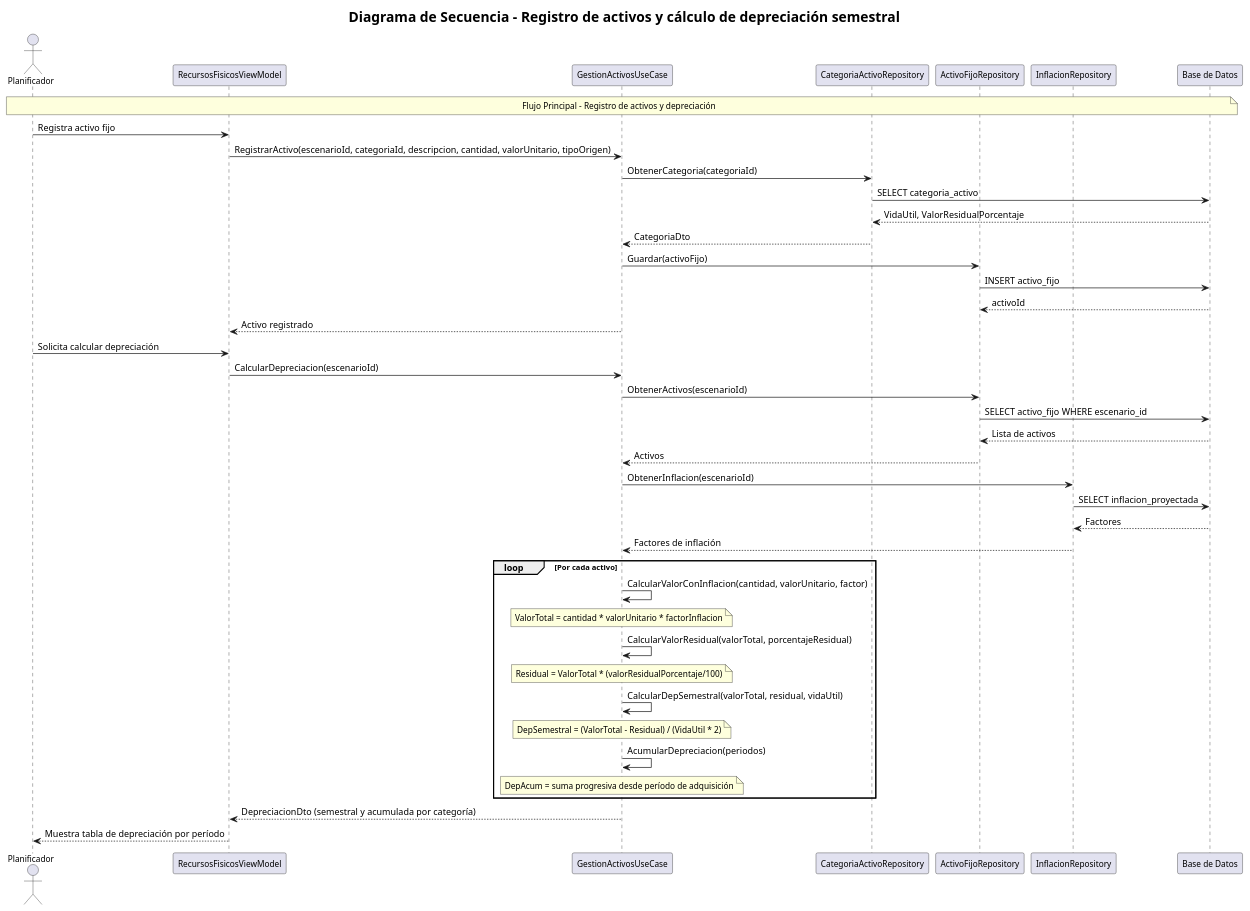
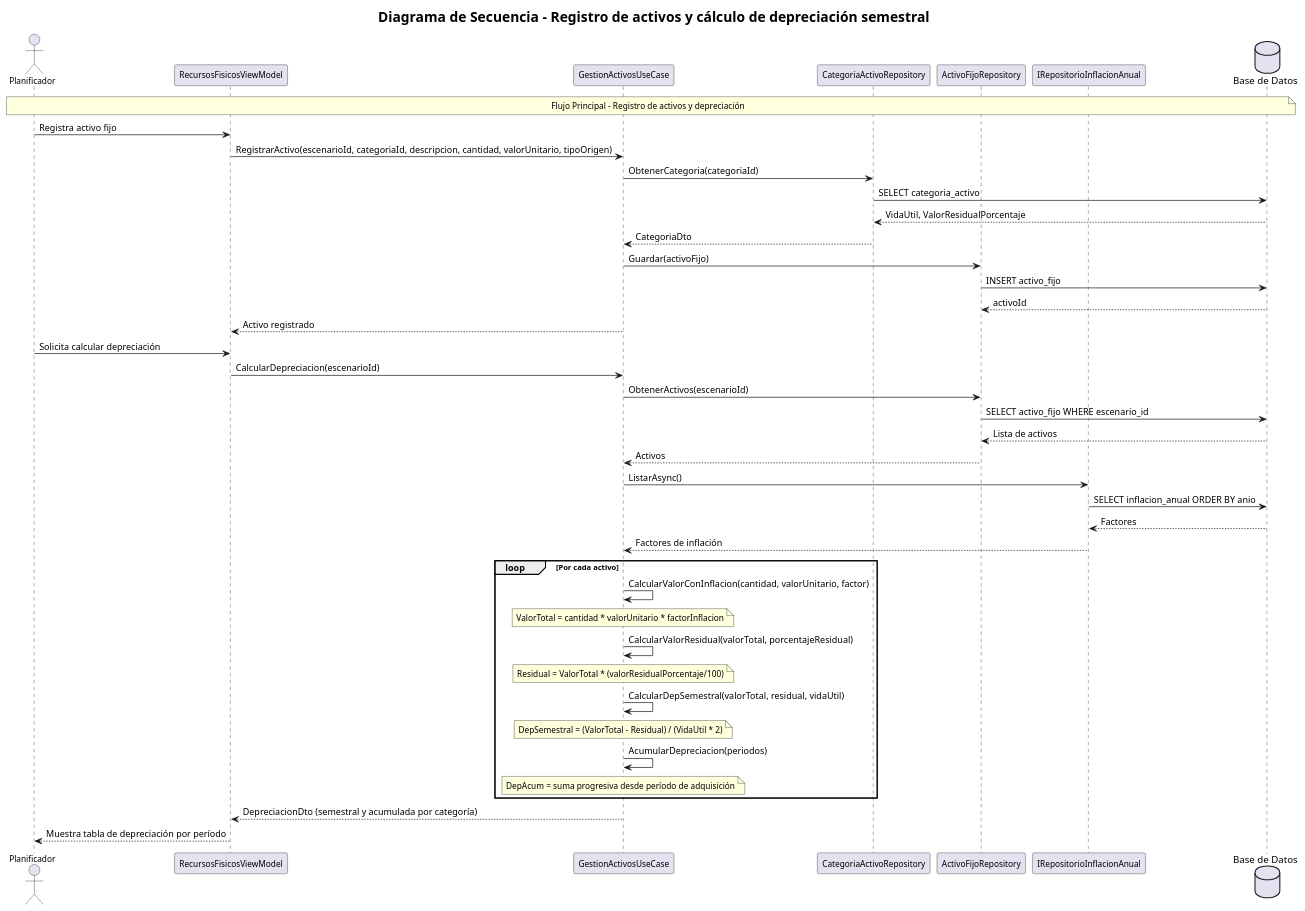
The diagram in src/Application/UseCases/Diagramas de Secuencia/Diagrama-Secuencia-7-Registro de activos y cálculo de depreciación semestral.puml (Miguels5847/SistemaAranceles), drawn with PlantUML before and after one commit. The commit also changed 43 other files, not shown here.

Commit message:
Cambios y mejoras en Diagramas

```diff
--- a/src/Application/UseCases/Diagramas de Secuencia/Diagrama-Secuencia-7-Registro de activos y cálculo de depreciación semestral.puml
+++ b/src/Application/UseCases/Diagramas de Secuencia/Diagrama-Secuencia-7-Registro de activos y cálculo de depreciación semestral.puml
@@ -1,82 +1,82 @@
 @startuml
 title <b><size:20>Diagrama de Secuencia - Registro de activos y cálculo de depreciación semestral</size></b>
 
 skinparam participant {
     FontSize 12
     FontStyle normal
 }
 skinparam actor {
     FontSize 12
     FontStyle normal
 }
 skinparam note {
     FontSize 12
 }
 
 actor "Planificador"
 participant "RecursosFisicosViewModel"
 participant "GestionActivosUseCase"
 participant "CategoriaActivoRepository"
 participant "ActivoFijoRepository"
-participant "InflacionRepository"
-participant "Base de Datos"
+participant "IRepositorioInflacionAnual"
+database "Base de Datos" as db
 
-note over "Planificador","Base de Datos"
+note over "Planificador","db"
 Flujo Principal - Registro de activos y depreciación
 end note
 
 "Planificador" -> "RecursosFisicosViewModel": Registra activo fijo
 "RecursosFisicosViewModel" -> "GestionActivosUseCase": RegistrarActivo(escenarioId, categoriaId, descripcion, cantidad, valorUnitario, tipoOrigen)
 
 "GestionActivosUseCase" -> "CategoriaActivoRepository": ObtenerCategoria(categoriaId)
-"CategoriaActivoRepository" -> "Base de Datos": SELECT categoria_activo
-"Base de Datos" --> "CategoriaActivoRepository": VidaUtil, ValorResidualPorcentaje
+"CategoriaActivoRepository" -> "db": SELECT categoria_activo
+"db" --> "CategoriaActivoRepository": VidaUtil, ValorResidualPorcentaje
 "CategoriaActivoRepository" --> "GestionActivosUseCase": CategoriaDto
 
 "GestionActivosUseCase" -> "ActivoFijoRepository": Guardar(activoFijo)
-"ActivoFijoRepository" -> "Base de Datos": INSERT activo_fijo
-"Base de Datos" --> "ActivoFijoRepository": activoId
+"ActivoFijoRepository" -> "db": INSERT activo_fijo
+"db" --> "ActivoFijoRepository": activoId
 "GestionActivosUseCase" --> "RecursosFisicosViewModel": Activo registrado
 
 "Planificador" -> "RecursosFisicosViewModel": Solicita calcular depreciación
 "RecursosFisicosViewModel" -> "GestionActivosUseCase": CalcularDepreciacion(escenarioId)
 
 "GestionActivosUseCase" -> "ActivoFijoRepository": ObtenerActivos(escenarioId)
-"ActivoFijoRepository" -> "Base de Datos": SELECT activo_fijo WHERE escenario_id
-"Base de Datos" --> "ActivoFijoRepository": Lista de activos
+"ActivoFijoRepository" -> "db": SELECT activo_fijo WHERE escenario_id
+"db" --> "ActivoFijoRepository": Lista de activos
 "ActivoFijoRepository" --> "GestionActivosUseCase": Activos
 
-"GestionActivosUseCase" -> "InflacionRepository": ObtenerInflacion(escenarioId)
-"InflacionRepository" -> "Base de Datos": SELECT inflacion_proyectada
-"Base de Datos" --> "InflacionRepository": Factores
-"InflacionRepository" --> "GestionActivosUseCase": Factores de inflación
+"GestionActivosUseCase" -> "IRepositorioInflacionAnual": ListarAsync()
+"IRepositorioInflacionAnual" -> "db": SELECT inflacion_anual ORDER BY anio
+"db" --> "IRepositorioInflacionAnual": Factores
+"IRepositorioInflacionAnual" --> "GestionActivosUseCase": Factores de inflación
 
 loop Por cada activo
     "GestionActivosUseCase" -> "GestionActivosUseCase": CalcularValorConInflacion(cantidad, valorUnitario, factor)
 
     note over "GestionActivosUseCase"
     ValorTotal = cantidad * valorUnitario * factorInflacion
     end note
 
     "GestionActivosUseCase" -> "GestionActivosUseCase": CalcularValorResidual(valorTotal, porcentajeResidual)
 
     note over "GestionActivosUseCase"
     Residual = ValorTotal * (valorResidualPorcentaje/100)
     end note
 
     "GestionActivosUseCase" -> "GestionActivosUseCase": CalcularDepSemestral(valorTotal, residual, vidaUtil)
 
     note over "GestionActivosUseCase"
     DepSemestral = (ValorTotal - Residual) / (VidaUtil * 2)
     end note
 
     "GestionActivosUseCase" -> "GestionActivosUseCase": AcumularDepreciacion(periodos)
 
     note over "GestionActivosUseCase"
     DepAcum = suma progresiva desde período de adquisición
     end note
 end
 
 "GestionActivosUseCase" --> "RecursosFisicosViewModel": DepreciacionDto (semestral y acumulada por categoría)
 "RecursosFisicosViewModel" --> "Planificador": Muestra tabla de depreciación por período
 @enduml
```
